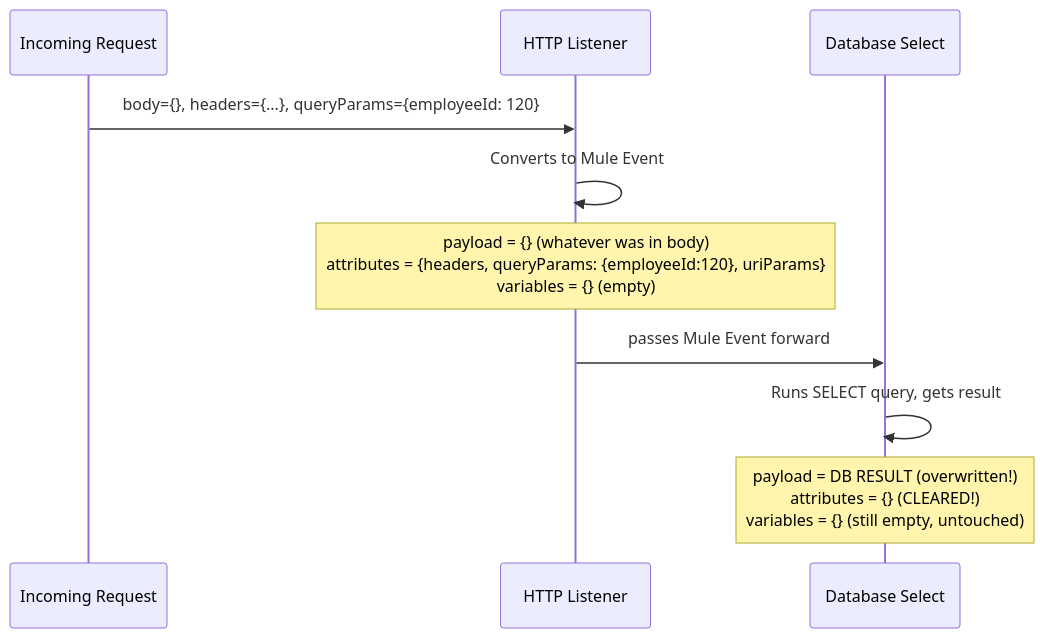
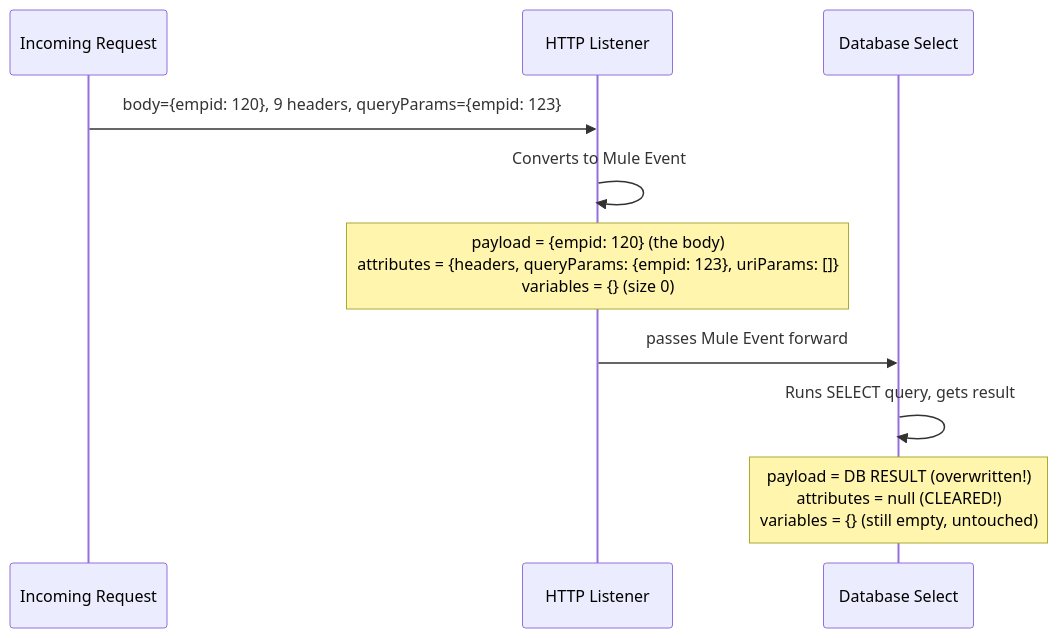
One commit to developerashok99/green-c-mule-notes changed the third of 11 diagrams in detailed-notes/day07.md. Above: the diagram before and after it, drawn with Mermaid. The commit also changed other lines of this file and 27 other files, not shown here.

````diff
--- a/detailed-notes/day07.md
+++ b/detailed-notes/day07.md
@@ -54,13 +56,13 @@
 ```mermaid
 sequenceDiagram
     participant HTTP as Incoming Request
     participant Listener as HTTP Listener
     participant DB as Database Select
 
-    HTTP->>Listener: body={}, headers={...}, queryParams={employeeId: 120}
+    HTTP->>Listener: body={empid: 120}, 9 headers, queryParams={empid: 123}
     Listener->>Listener: Converts to Mule Event
-    Note over Listener: payload = {} (whatever was in body)<br/>attributes = {headers, queryParams: {employeeId:120}, uriParams}<br/>variables = {} (empty)
+    Note over Listener: payload = {empid: 120} (the body)<br/>attributes = {headers, queryParams: {empid: 123}, uriParams: []}<br/>variables = {} (size 0)
     Listener->>DB: passes Mule Event forward
     DB->>DB: Runs SELECT query, gets result
-    Note over DB: payload = DB RESULT (overwritten!)<br/>attributes = {} (CLEARED!)<br/>variables = {} (still empty, untouched)
+    Note over DB: payload = DB RESULT (overwritten!)<br/>attributes = null (CLEARED!)<br/>variables = {} (still empty, untouched)
 ```
````
